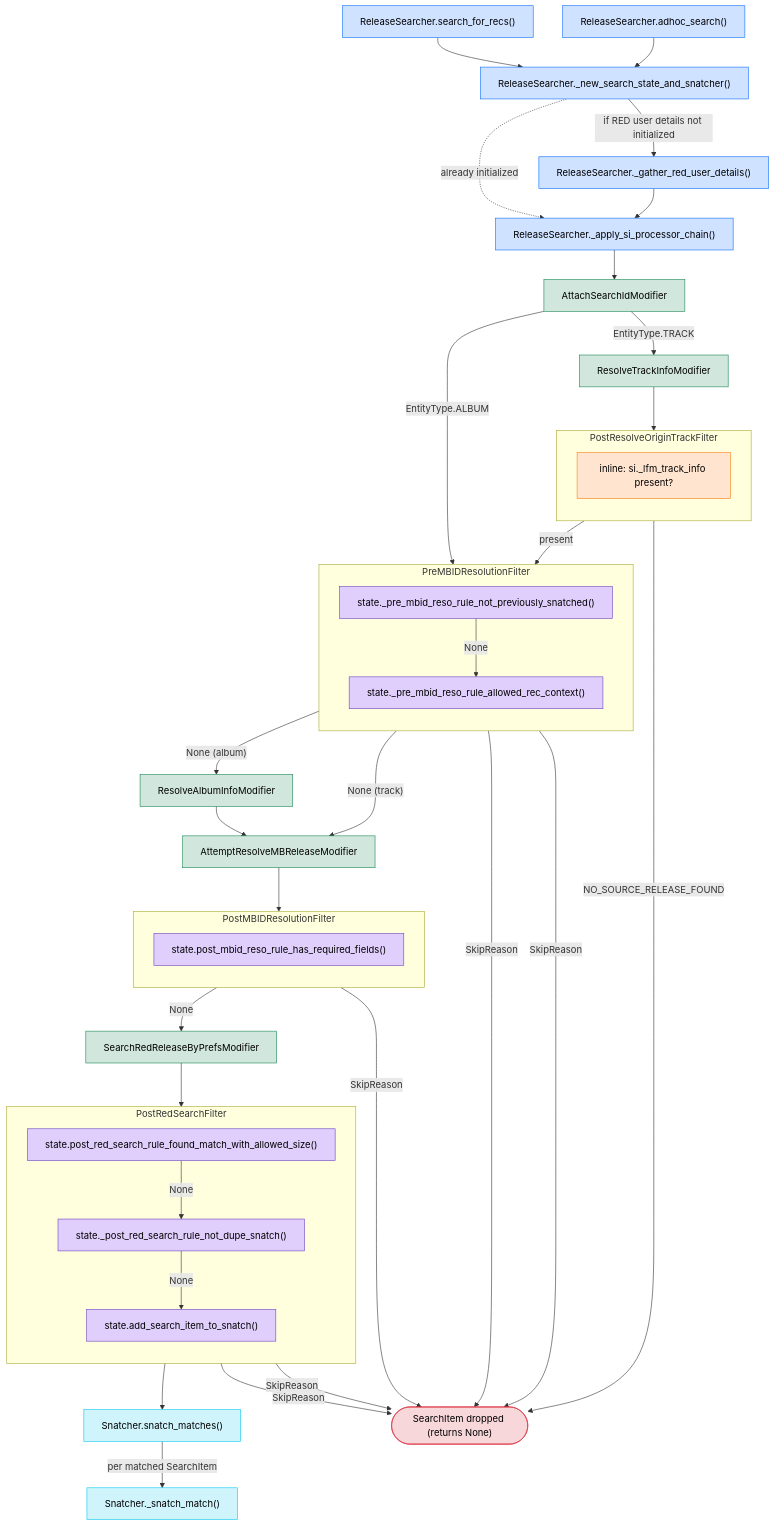
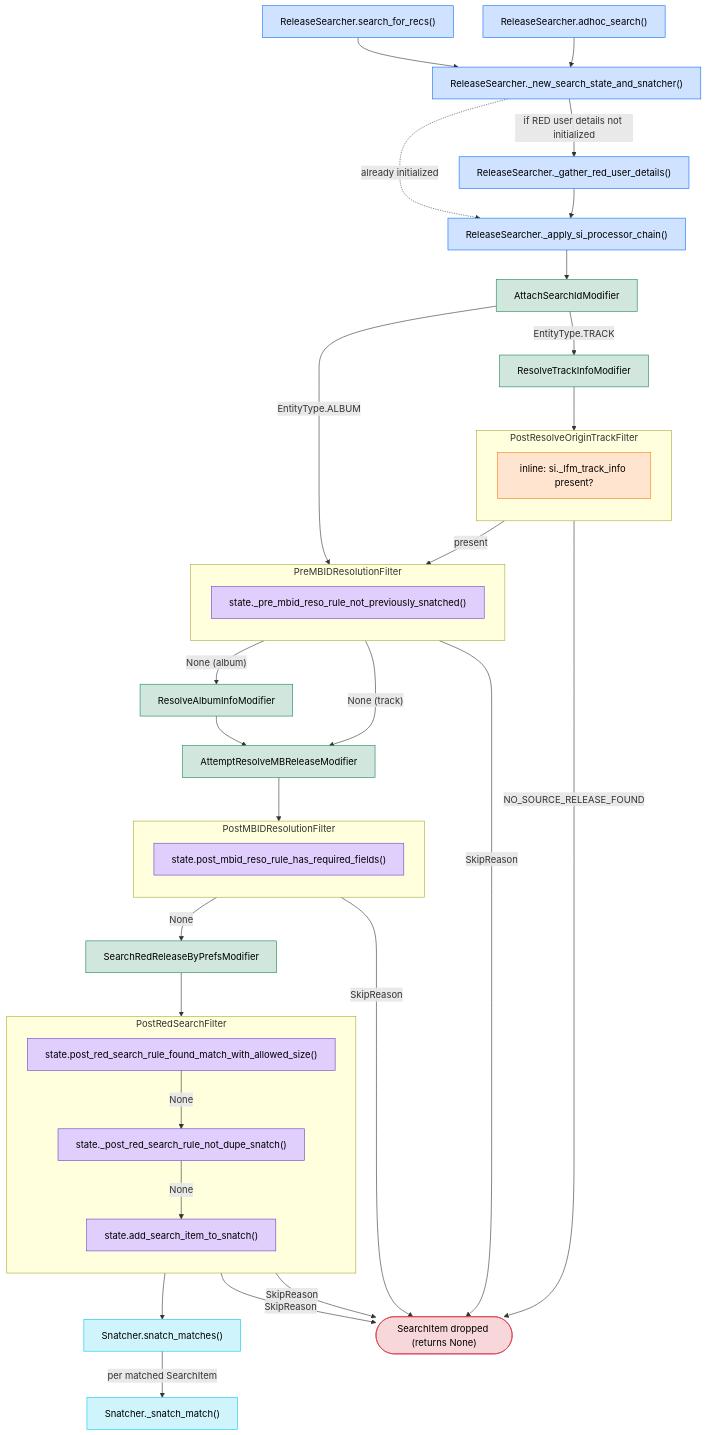
Before and after one commit to windexvalence/plastered: the second of 2 diagrams in plastered/release_search/search_process_overview.md, drawn with Mermaid. The commit also changed 43 other files, not shown here.

````diff
--- a/plastered/release_search/search_process_overview.md
+++ b/plastered/release_search/search_process_overview.md
@@ -138,13 +138,11 @@
     subgraph PF["PreMBIDResolutionFilter"]
         direction TB
         S_snatched["state._pre_mbid_reso_rule_not_previously_snatched()"]
-        S_context["state._pre_mbid_reso_rule_allowed_rec_context()"]
-        S_snatched -->|None| S_context
     end
     ATTACH -->|"EntityType.ALBUM"| S_snatched
     TS_in -->|present| S_snatched
-    S_context -->|"None (album)"| RESOLVE_ALBUM
-    S_context -->|"None (track)"| ATTEMPT_MB
+    S_snatched -->|"None (album)"| RESOLVE_ALBUM
+    S_snatched -->|"None (track)"| ATTEMPT_MB
     RESOLVE_ALBUM --> ATTEMPT_MB
 
     %% ── PostMBIDResolutionFilter ──
@@ -169,7 +167,6 @@
 
     %% ── Rule rejections drop the item ──
     S_snatched -->|SkipReason| DROP
-    S_context -->|SkipReason| DROP
     S_required -->|SkipReason| DROP
     S_match -->|SkipReason| DROP
     S_dupe -->|SkipReason| DROP
@@ -187,7 +184,7 @@
     class SFR,MS,NEW_STATE,GRUD,APPLY rsMethod;
     class SNATCHES,SNATCH snatcher;
     class RESOLVE_TRACK,ATTACH,RESOLVE_ALBUM,ATTEMPT_MB,SEARCH_RED modifier;
-    class S_snatched,S_context,S_required,S_match,S_dupe,S_add searchState;
+    class S_snatched,S_required,S_match,S_dupe,S_add searchState;
     class TS_in inlineRule;
     class DROP terminal;
 ```
````
